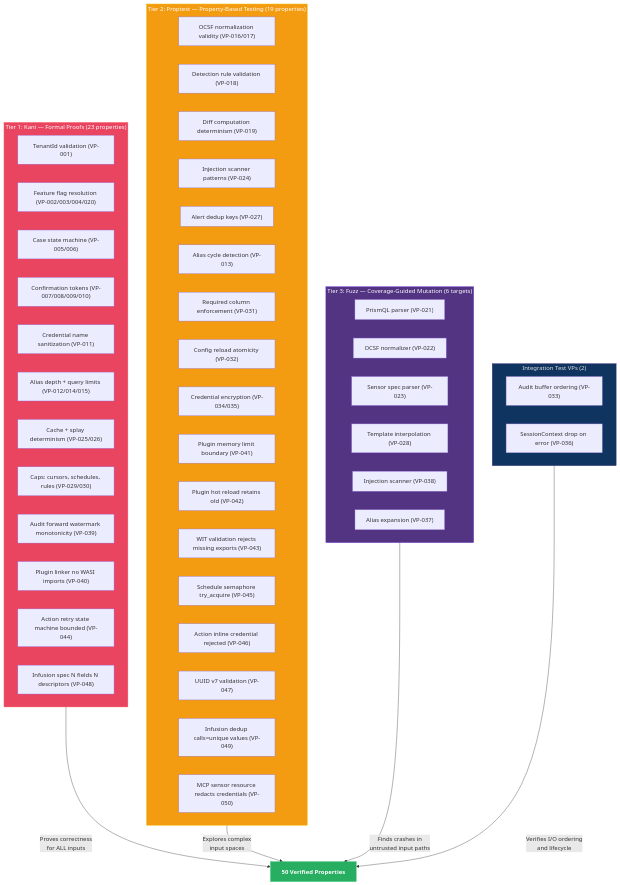
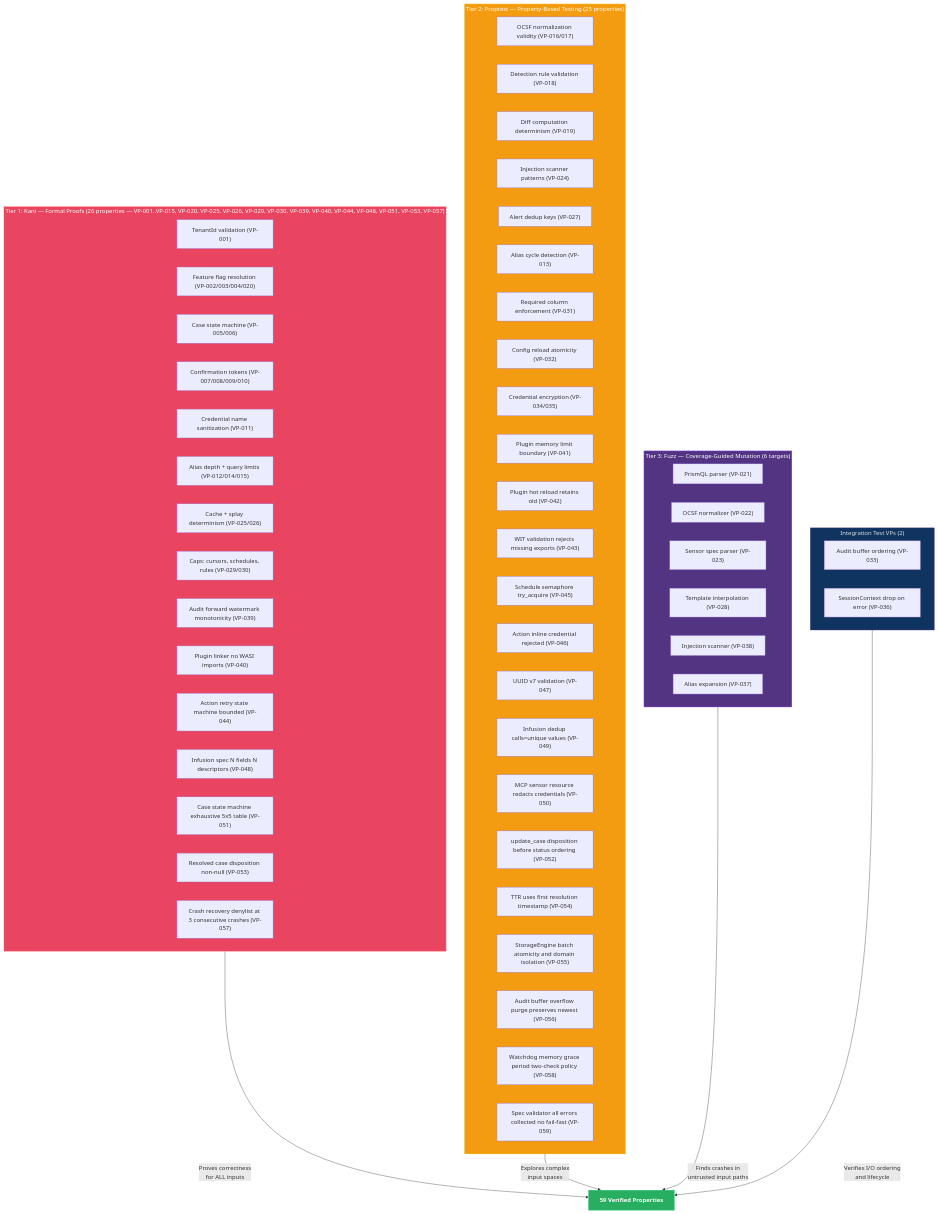
The diagram in specs/architecture/verification-architecture.md (drbothen/prism), drawn with Mermaid before and after one commit. The commit also changed other lines of this file and 47 other files, not shown here.

````diff
--- a/specs/architecture/verification-architecture.md
+++ b/specs/architecture/verification-architecture.md
@@ -22,62 +22,71 @@
 ```mermaid
 graph TB
-    subgraph TIER1["Tier 1: Kani — Formal Proofs (23 properties)"]
+    subgraph TIER1["Tier 1: Kani — Formal Proofs (26 properties — VP-001..VP-015, VP-020, VP-025, VP-026, VP-029, VP-030, VP-039, VP-040, VP-044, VP-048, VP-051, VP-053, VP-057)"]
         K1["TenantId validation (VP-001)"]
         K2["Feature flag resolution (VP-002/003/004/020)"]
         K3["Case state machine (VP-005/006)"]
         K4["Confirmation tokens (VP-007/008/009/010)"]
         K5["Credential name sanitization (VP-011)"]
         K6["Alias depth + query limits (VP-012/014/015)"]
         K7["Cache + splay determinism (VP-025/026)"]
         K8["Caps: cursors, schedules, rules (VP-029/030)"]
         K9["Audit forward watermark monotonicity (VP-039)"]
         K10["Plugin linker no WASI imports (VP-040)"]
         K11["Action retry state machine bounded (VP-044)"]
         K12["Infusion spec N fields N descriptors (VP-048)"]
+        K13["Case state machine exhaustive 5x5 table (VP-051)"]
+        K14["Resolved case disposition non-null (VP-053)"]
+        K15["Crash recovery denylist at 3 consecutive crashes (VP-057)"]
     end
 
-    subgraph TIER2["Tier 2: Proptest — Property-Based Testing (19 properties)"]
+    subgraph TIER2["Tier 2: Proptest — Property-Based Testing (25 properties)"]
         P1["OCSF normalization validity (VP-016/017)"]
         P2["Detection rule validation (VP-018)"]
         P3["Diff computation determinism (VP-019)"]
         P4["Injection scanner patterns (VP-024)"]
         P5["Alert dedup keys (VP-027)"]
         P6["Alias cycle detection (VP-013)"]
         P7["Required column enforcement (VP-031)"]
         P8["Config reload atomicity (VP-032)"]
         P9["Credential encryption (VP-034/035)"]
         P10["Plugin memory limit boundary (VP-041)"]
         P11["Plugin hot reload retains old (VP-042)"]
         P12["WIT validation rejects missing exports (VP-043)"]
         P13["Schedule semaphore try_acquire (VP-045)"]
         P14["Action inline credential rejected (VP-046)"]
         P15["UUID v7 validation (VP-047)"]
         P16["Infusion dedup calls=unique values (VP-049)"]
         P17["MCP sensor resource redacts credentials (VP-050)"]
+        P18["update_case disposition before status ordering (VP-052)"]
+        P19["TTR uses first resolution timestamp (VP-054)"]
+        P20["StorageEngine batch atomicity and domain isolation (VP-055)"]
+        P21["Audit buffer overflow purge preserves newest (VP-056)"]
+        P22["Watchdog memory grace period two-check policy (VP-058)"]
+        P23["Spec validator all errors collected no fail-fast (VP-059)"]
     end
 
     subgraph TIER3["Tier 3: Fuzz — Coverage-Guided Mutation (6 targets)"]
         F1["PrismQL parser (VP-021)"]
         F2["OCSF normalizer (VP-022)"]
         F3["Sensor spec parser (VP-023)"]
         F4["Template interpolation (VP-028)"]
         F5["Injection scanner (VP-038)"]
         F6["Alias expansion (VP-037)"]
     end
 
     subgraph INTEG["Integration Test VPs (2)"]
         I1["Audit buffer ordering (VP-033)"]
         I2["SessionContext drop on error (VP-036)"]
     end
 
-    TIER1 -->|"Proves correctness<br/>for ALL inputs"| SAFE["50 Verified Properties"]
+    TIER1 -->|"Proves correctness<br/>for ALL inputs"| SAFE["59 Verified Properties"]
     TIER2 -->|"Explores complex<br/>input spaces"| SAFE
     TIER3 -->|"Finds crashes in<br/>untrusted input paths"| SAFE
     INTEG -->|"Verifies I/O ordering<br/>and lifecycle"| SAFE
 
     style TIER1 fill:#e94560,stroke:#ff6b6b,color:#fff
     style TIER2 fill:#f39c12,stroke:#f1c40f,color:#fff
     style TIER3 fill:#533483,stroke:#7c3aed,color:#fff
     style INTEG fill:#0f3460,stroke:#533483,color:#e0e0e0
     style SAFE fill:#27ae60,stroke:#2ecc71,color:#fff,font-weight:bold
 ```
````
